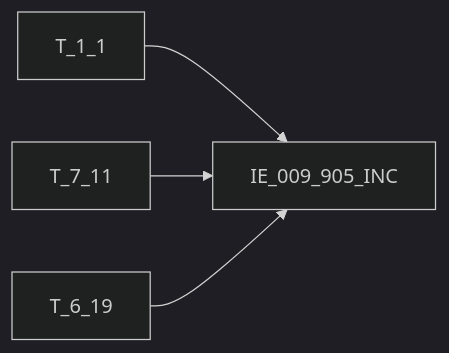
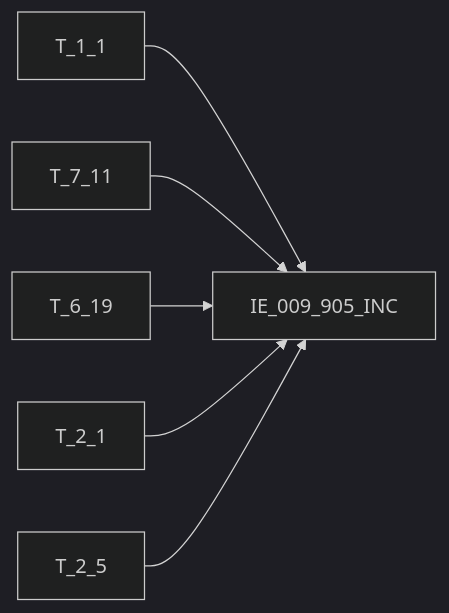
Before and after one commit to zhoujk1989-arch/Obsidian: the diagram in regulatory-data-lab/知识库/血缘/EAST5.0系统/血缘-IE_009_905_INC-代理代销交易信息表-EAST5.0系统.md, drawn with Mermaid (dark theme). The commit also changed other lines of this file and 93 other files, not shown here.

````diff
--- a/regulatory-data-lab/知识库/血缘/EAST5.0系统/血缘-IE_009_905_INC-代理代销交易信息表-EAST5.0系统.md
+++ b/regulatory-data-lab/知识库/血缘/EAST5.0系统/血缘-IE_009_905_INC-代理代销交易信息表-EAST5.0系统.md
@@ -95,6 +104,8 @@
 ```mermaid
 flowchart LR
     S1["T_1_1"] --> T["IE_009_905_INC"]
     S2["T_7_11"] --> T["IE_009_905_INC"]
     S3["T_6_19"] --> T["IE_009_905_INC"]
+    S4["T_2_1"] --> T["IE_009_905_INC"]
+    S5["T_2_5"] --> T["IE_009_905_INC"]
 ```
````
